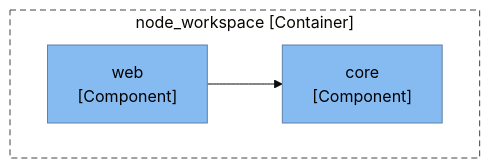
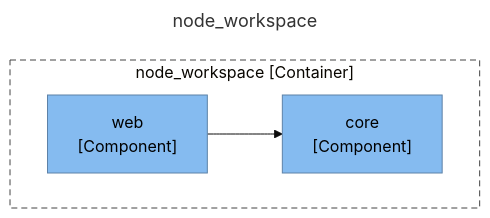
Before and after one commit to ythalorossy/architecture-skills: the second of 3 diagrams in tests/golden/node_workspace/output/ArchitectureReport.md, drawn with Mermaid (base theme). The commit also changed other lines of this file and 56 other files, not shown here.

First line of the commit message:
feat(c4): title every diagram and add one Key to the report

````diff
--- a/tests/golden/node_workspace/output/ArchitectureReport.md
+++ b/tests/golden/node_workspace/output/ArchitectureReport.md
@@ -52,16 +66,19 @@
 ```mermaid
+---
+title: "node_workspace"
+---
 flowchart TB
     subgraph boundary["node_workspace [Container]"]
         acme_core["core<br/>[Component]"]
         acme_web["web<br/>[Component]"]
     end
     acme_web --> acme_core
     classDef person fill:#08427b,stroke:#052e56,color:#ffffff
     classDef container fill:#1168bd,stroke:#0b4884,color:#ffffff
     classDef system fill:#1168bd,stroke:#0b4884,color:#ffffff
     classDef component fill:#85bbf0,stroke:#5d82a8,color:#000000
     classDef external fill:#999999,stroke:#6b6b6b,color:#ffffff
     classDef shared fill:#dbe9f6,stroke:#5d82a8,color:#000000,stroke-dasharray:4 3
     class acme_core,acme_web component
     style boundary fill:none,stroke:#444444,stroke-dasharray:6 4
 ```
````
